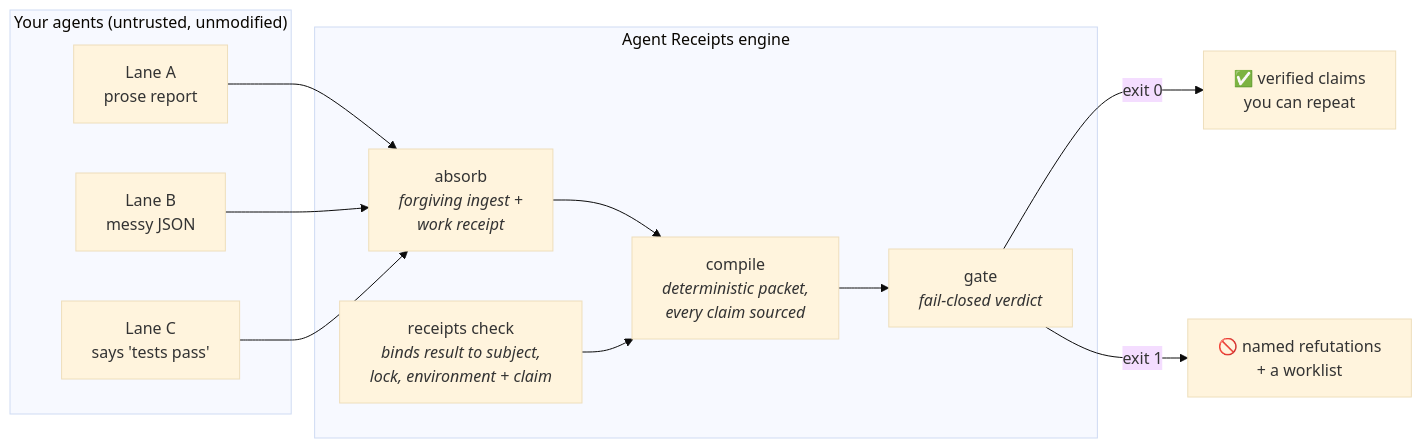
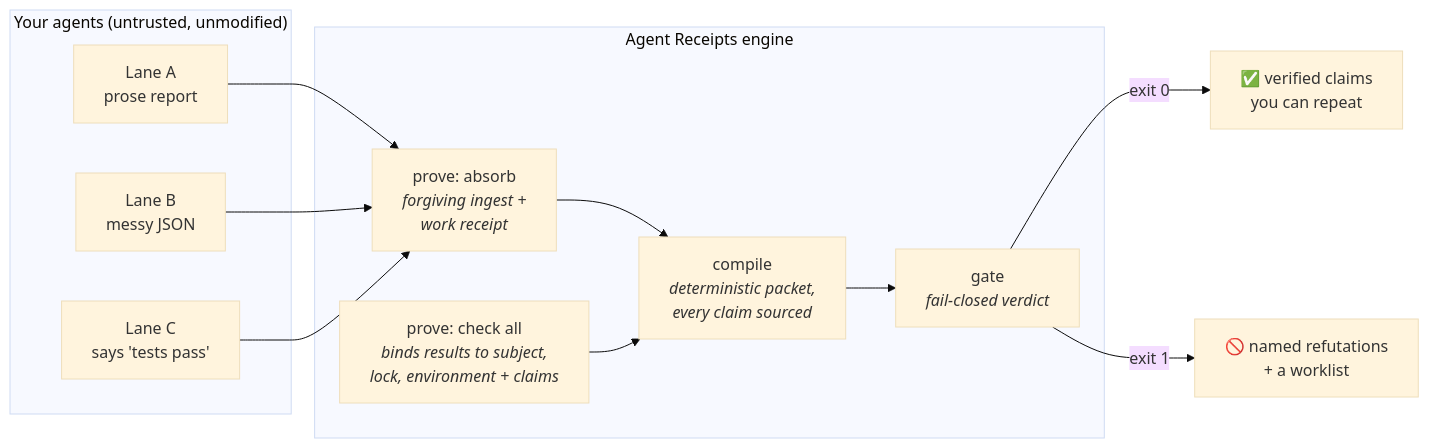
One commit to inchwormz/agent-receipts changed the first of 2 diagrams in README.md. Above: the diagram before and after it, drawn with Mermaid (base theme). The commit also changed other lines of this file and 16 other files, not shown here.

````diff
--- a/README.md
+++ b/README.md
@@ -86,24 +87,24 @@
 ```mermaid
 flowchart LR
     subgraph agents["Your agents (untrusted, unmodified)"]
         A1["Lane A<br/>prose report"]
         A2["Lane B<br/>messy JSON"]
         A3["Lane C<br/>says 'tests pass'"]
     end
 
     subgraph engine["Agent Receipts engine"]
-        ING["absorb<br/><i>forgiving ingest +<br/>work receipt</i>"]
-        RUN["receipts check<br/><i>binds result to subject,<br/>lock, environment + claim</i>"]
+        ING["prove: absorb<br/><i>forgiving ingest +<br/>work receipt</i>"]
+        RUN["prove: check all<br/><i>binds results to subject,<br/>lock, environment + claims</i>"]
         COMP["compile<br/><i>deterministic packet,<br/>every claim sourced</i>"]
         GATE["gate<br/><i>fail-closed verdict</i>"]
     end
 
     A1 --> ING
     A2 --> ING
     A3 --> ING
     ING --> COMP
     RUN --> COMP
     COMP --> GATE
     GATE -->|"exit 0"| GREEN["✅ verified claims<br/>you can repeat"]
     GATE -->|"exit 1"| RED["🚫 named refutations<br/>+ a worklist"]
 ```
````
